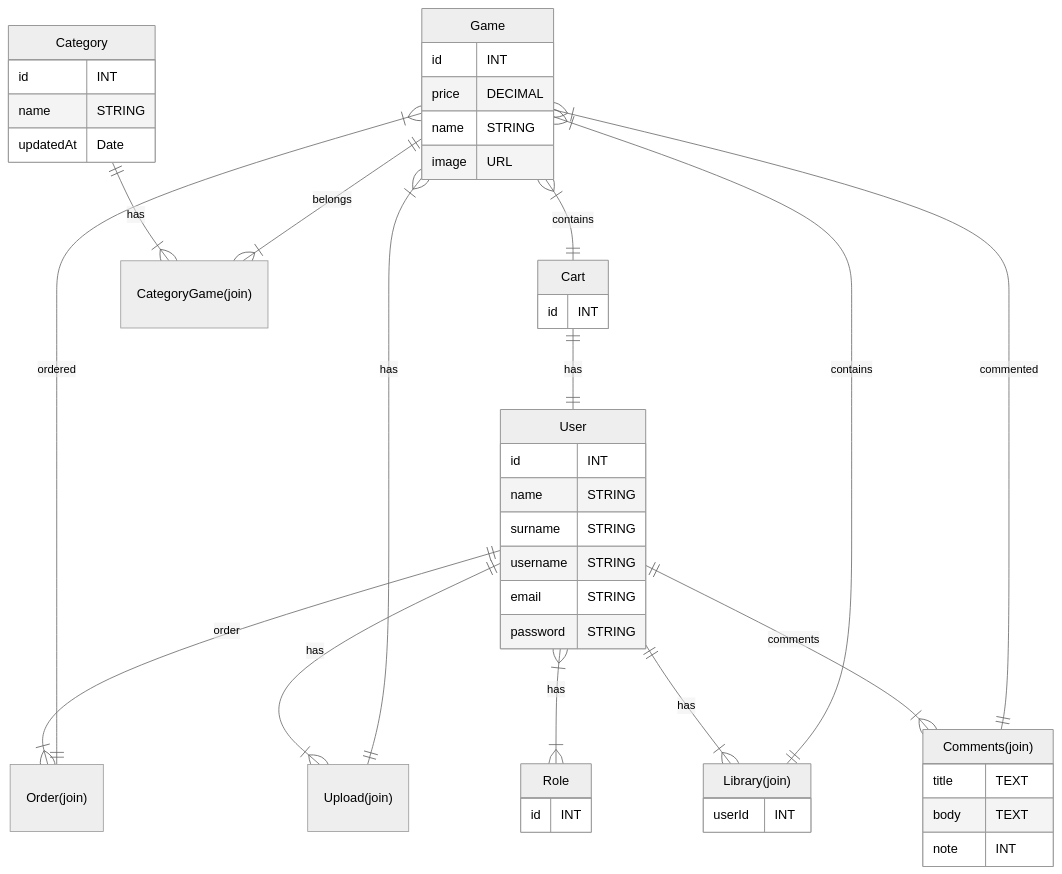
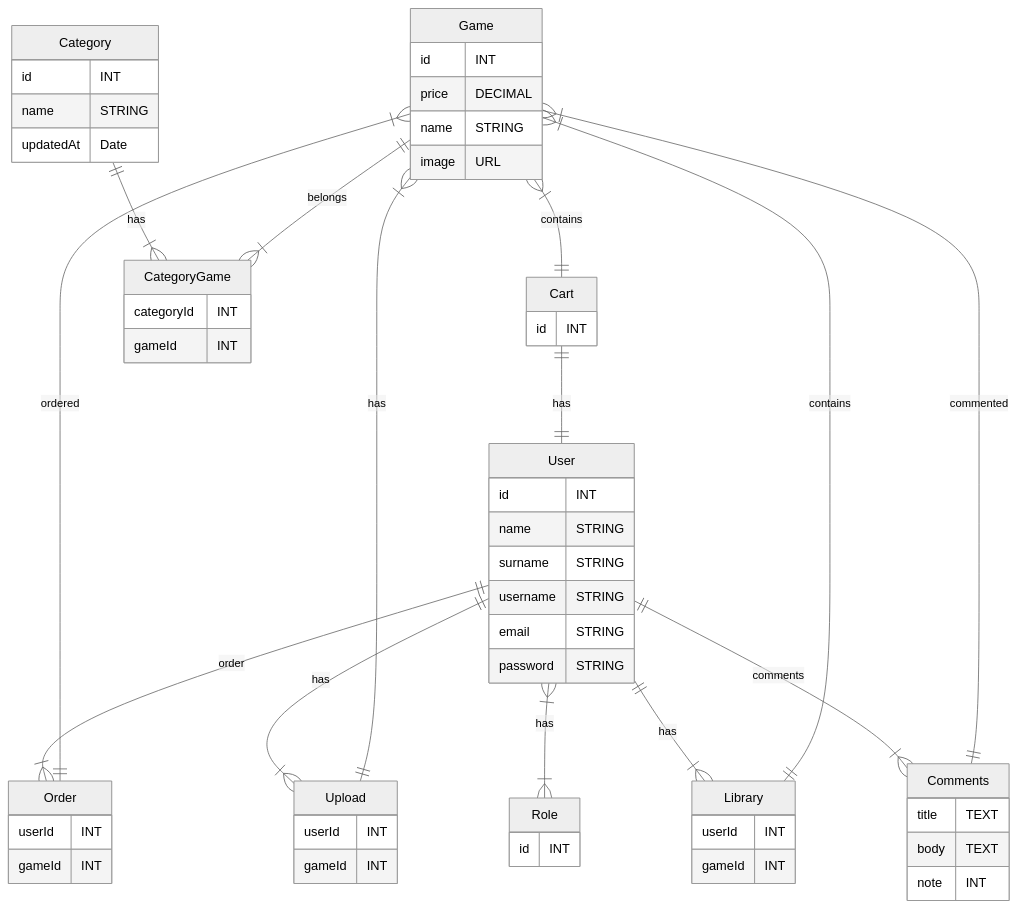
Before and after one commit to JameS-Gmz/api-Rest: the diagram in README.md, drawn with Mermaid (neutral theme).

```diff
--- a/README.md
+++ b/README.md
@@ -76,23 +76,31 @@
 id INT 
 }
 
-CategoryGame["CategoryGame(join)"]{
+CategoryGame["CategoryGame"]{
+categoryId INT
+gameId INT
+
     }
 
-Upload["Upload(join)"]{
+Upload["Upload"]{
+userId INT
+gameId INT
     }
 
-Comments["Comments(join)"]{
+Comments["Comments"]{
 title TEXT
 body TEXT
 note INT
     }
 
-Library["Library(join)"]{
+Library["Library"]{
 userId INT
+gameId INT
     }
 
-Order["Order(join)"]{
+Order["Order"]{
+userId INT
+gameId INT
     }
 
 User ||--|{ Comments : comments
```
